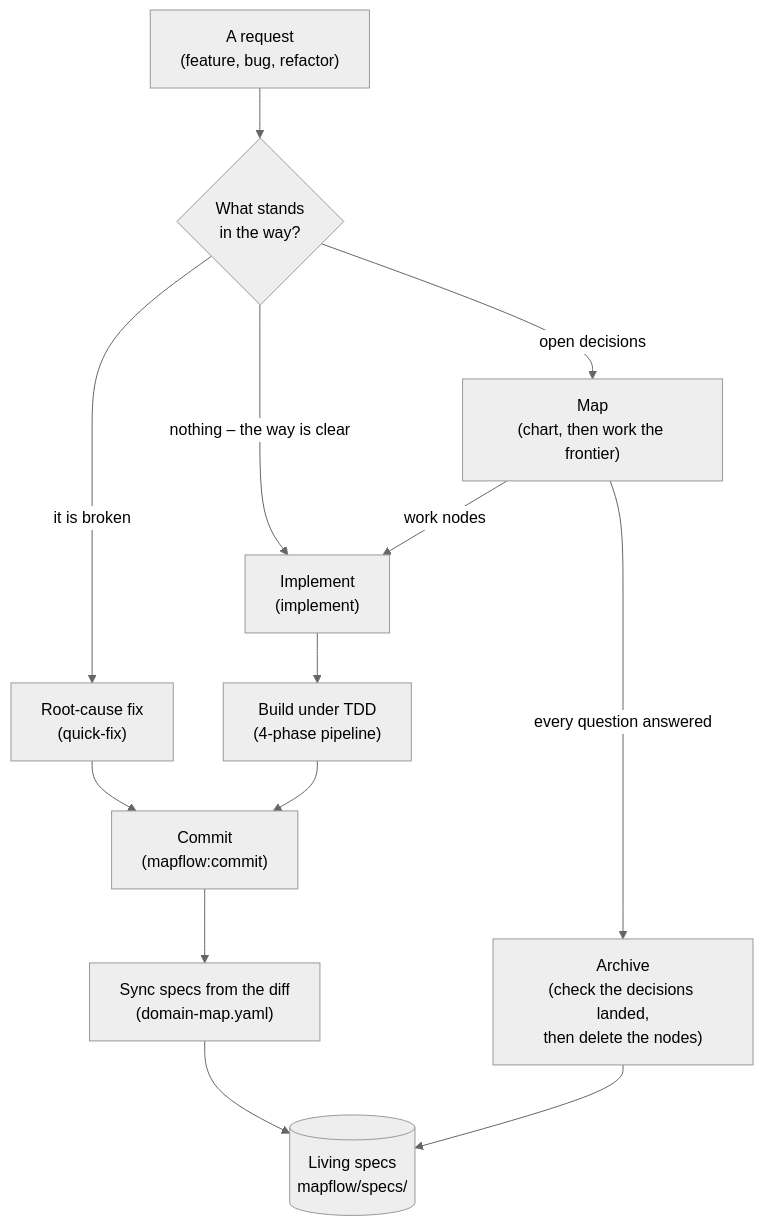
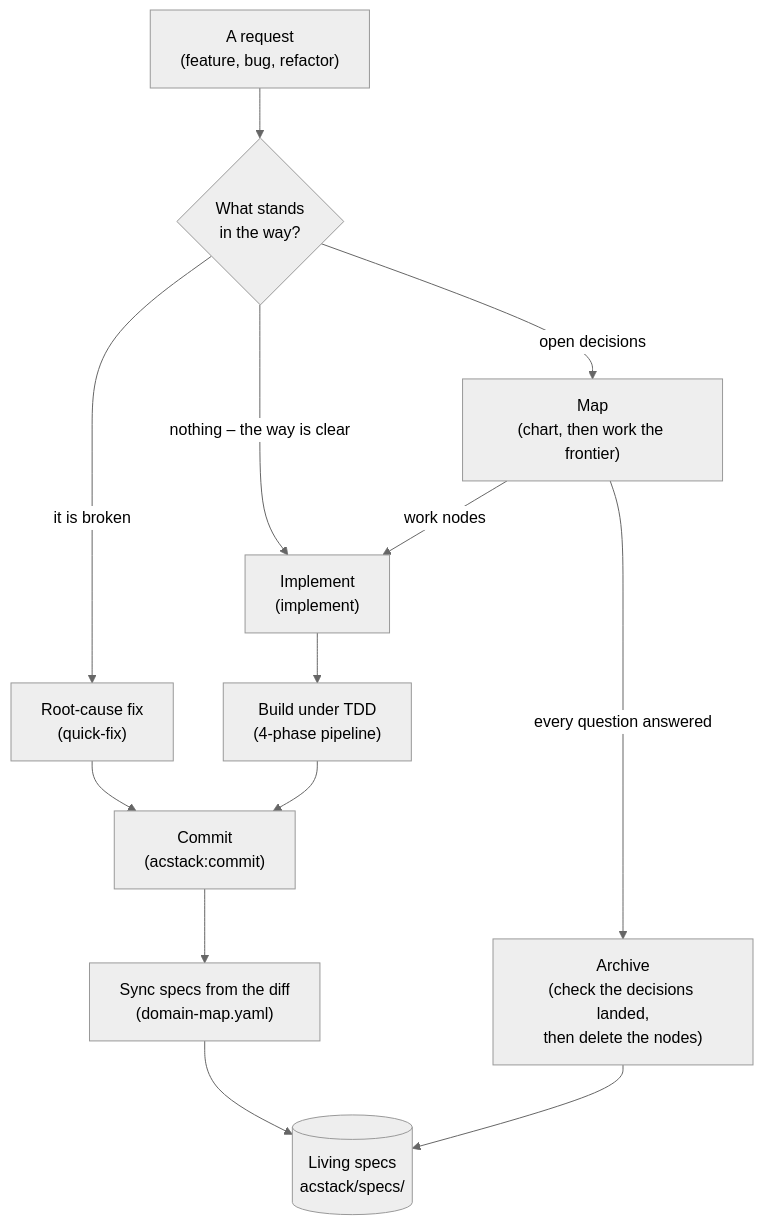
Before and after one commit to ac8318740/acstack: the first of 2 diagrams in docs/workflows.md, drawn with Mermaid (neutral theme). The commit also changed other lines of this file and 181 other files, not shown here.

````diff
--- a/docs/workflows.md
+++ b/docs/workflows.md
@@ -13,15 +13,15 @@
 ```mermaid
 flowchart TD
     R["A request<br/>(feature, bug, refactor)"] --> Q{"What stands<br/>in the way?"}
     Q -->|"nothing – the way is clear"| I["Implement<br/>(implement)"]
     Q -->|"it is broken"| F["Root-cause fix<br/>(quick-fix)"]
     Q -->|"open decisions"| M["Map<br/>(chart, then work the frontier)"]
     M -->|"work nodes"| I
     I --> T["Build under TDD<br/>(4-phase pipeline)"]
-    F --> C["Commit<br/>(mapflow:commit)"]
+    F --> C["Commit<br/>(acstack:commit)"]
     T --> C
     C --> Y["Sync specs from the diff<br/>(domain-map.yaml)"]
-    Y --> L[("Living specs<br/>mapflow/specs/")]
+    Y --> L[("Living specs<br/>acstack/specs/")]
     M -->|"every question answered"| A["Archive<br/>(check the decisions landed,<br/>then delete the nodes)"]
     A --> L
 ```
````
